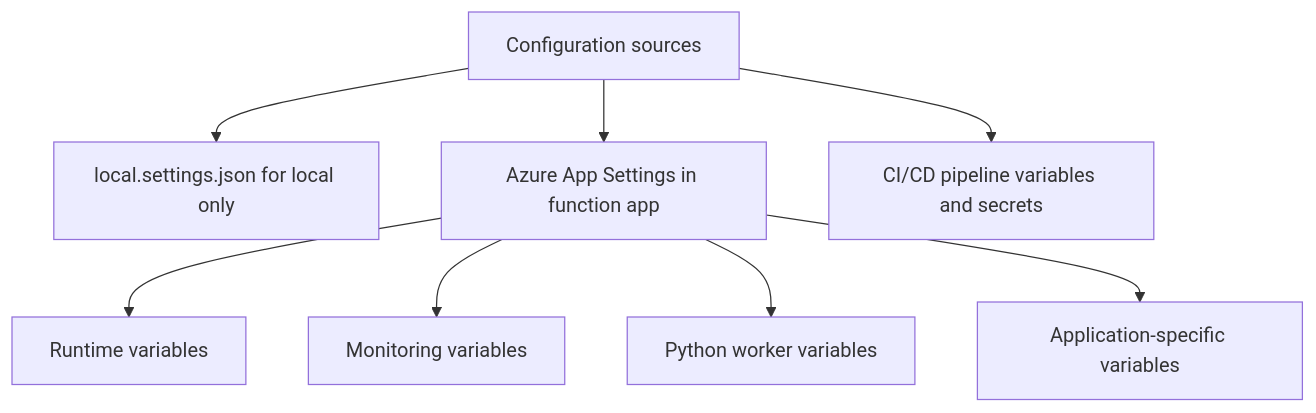
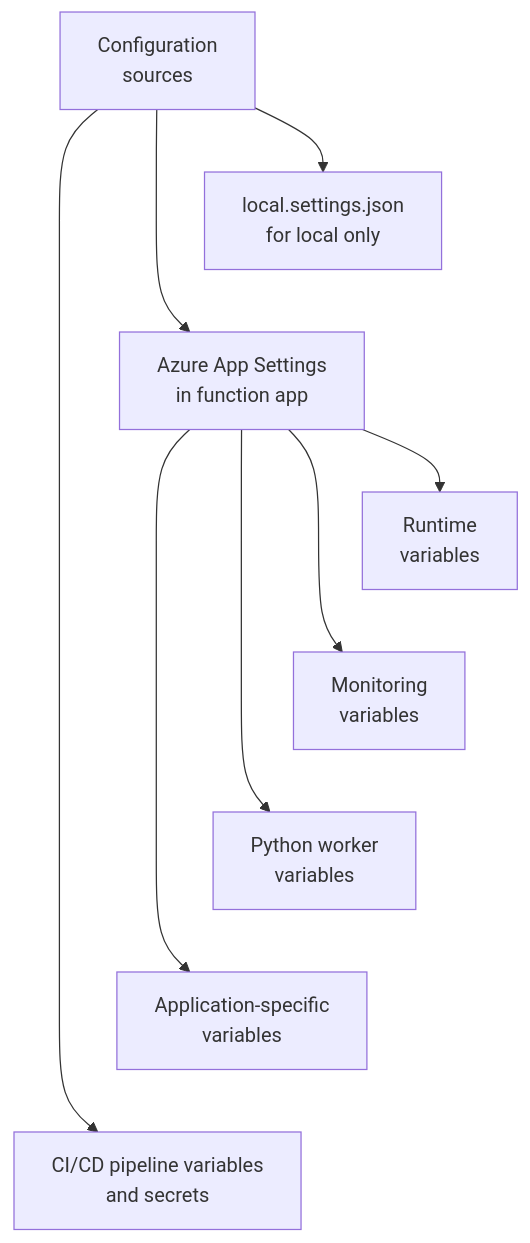
Before and after one commit to yeongseon/azure-functions-practical-guide: the diagram in docs/language-guides/python/environment-variables.md, drawn with Mermaid. The commit also changed other lines of this file and 4 other files, not shown here.

First line of the commit message:
docs(diagrams): improve Python navigation and reference readability (#532)

````diff
--- a/docs/language-guides/python/environment-variables.md
+++ b/docs/language-guides/python/environment-variables.md
@@ -20,10 +22,18 @@
 ```mermaid
 flowchart TD
-    A[Configuration sources] --> B[local.settings.json for local only]
-    A --> C[Azure App Settings in function app]
-    A --> D["CI/CD pipeline variables and secrets"]
-    C --> E[Runtime variables]
-    C --> F[Monitoring variables]
-    C --> G[Python worker variables]
-    C --> H[Application-specific variables]
+    accTitle: Python configuration locations and variable categories
+    accDescr: Topic map, not a precedence chain. Local app settings use local.settings.json Values; deployed app settings are exposed as environment variables. Pipeline variables and secrets are a separate configuration topic, not automatically runtime settings. The Azure app-settings branch groups the runtime, monitoring, Python worker and application-specific categories below.
+    A["Configuration<br/>sources"] --> B["local.settings.json<br/>for local only"]
+    A --> C["Azure App Settings<br/>in function app"]
+    A --> D["CI/CD pipeline variables<br/>and secrets"]
+    C --> E["Runtime<br/>variables"]
+    C --> F["Monitoring<br/>variables"]
+    C --> G["Python worker<br/>variables"]
+    C --> H["Application-specific<br/>variables"]
+    %% Layout-only links tier topics; they add no precedence or configuration relationship.
+    B ~~~ C
+    E ~~~ F
+    F ~~~ G
+    G ~~~ H
+    H ~~~ D
 ```
````
